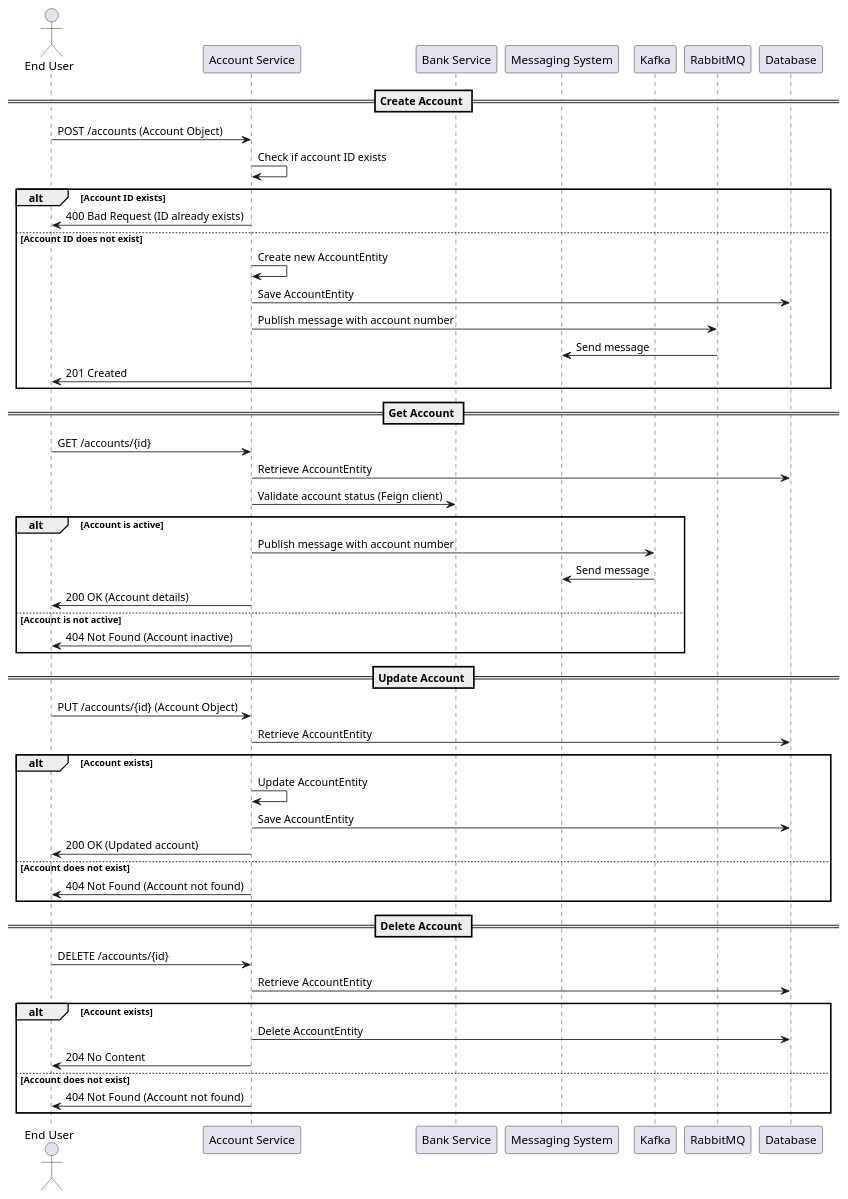
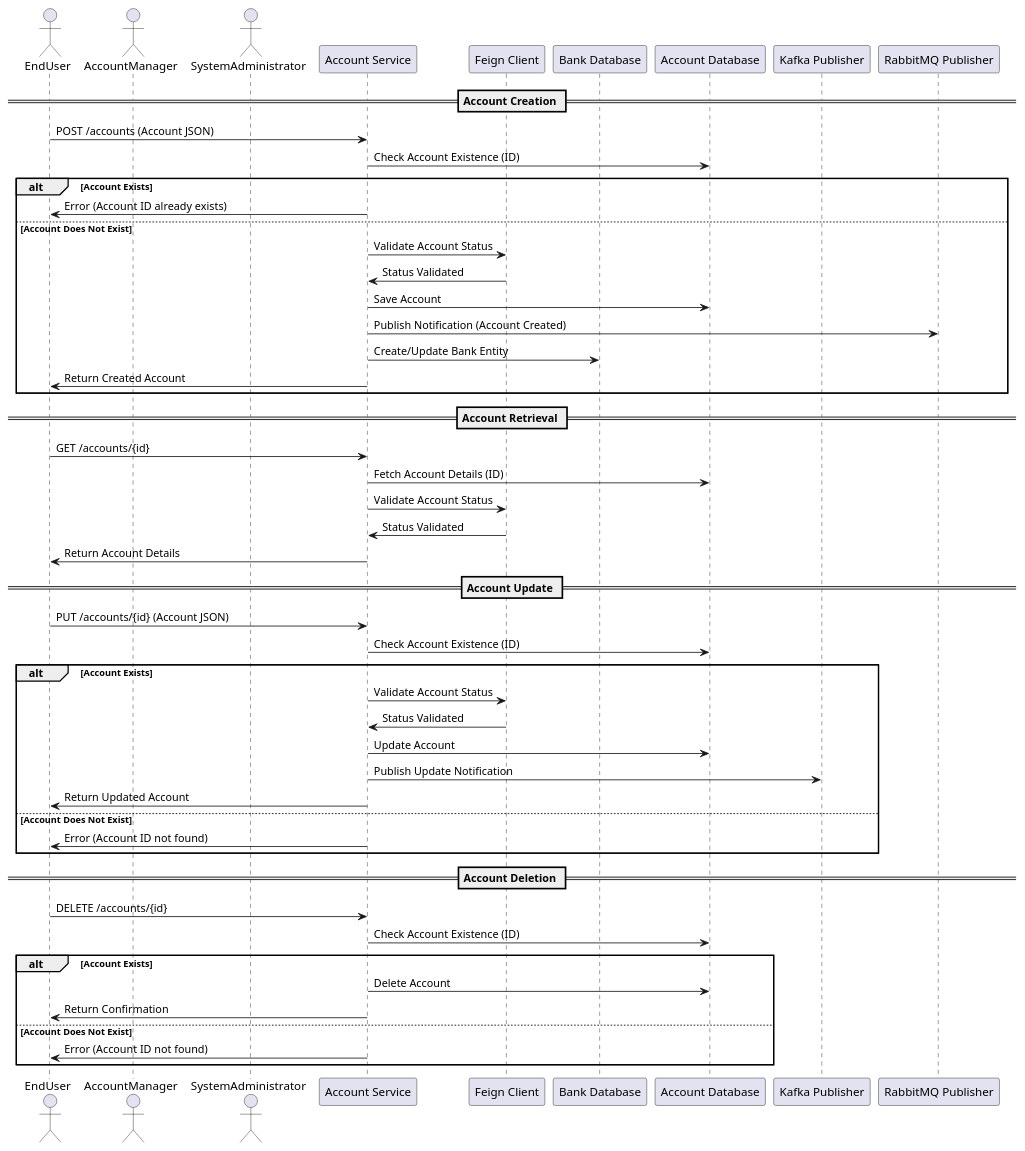
Before and after one commit to Bhaskar-Pavan/AccountService: the diagram in design_document/AccountService.md, drawn with PlantUML. The commit also changed other lines of this file, not shown here.

````diff
--- a/design_document/AccountService.md
+++ b/design_document/AccountService.md
@@ -37,57 +37,58 @@
 ```plantuml
 @startuml
-actor "End User" as User
+actor EndUser as User
+actor AccountManager as Manager
+actor SystemAdministrator as Admin
 participant "Account Service" as AccountService
-participant "Bank Service" as BankService
-participant "Messaging System" as MessagingSystem
-participant "Kafka" as Kafka
-participant "RabbitMQ" as RabbitMQ
+participant "Feign Client" as FeignService
+participant "Bank Database" as BankDB
+participant "Account Database" as AccountDB
+participant "Kafka Publisher" as Kafka
+participant "RabbitMQ Publisher" as RabbitMQ
 
-== Create Account ==
-User -> AccountService : POST /accounts (Account Object)
-AccountService -> AccountService : Check if account ID exists
-alt Account ID exists
-    AccountService -> User : 400 Bad Request (ID already exists)
-else Account ID does not exist
-    AccountService -> AccountService : Create new AccountEntity
-    AccountService -> Database : Save AccountEntity
-    AccountService -> RabbitMQ : Publish message with account number
-    RabbitMQ -> MessagingSystem : Send message
-    AccountService -> User : 201 Created
+== Account Creation ==
+User -> AccountService: POST /accounts (Account JSON)
+AccountService -> AccountDB: Check Account Existence (ID)
+alt Account Exists
+    AccountService -> User: Error (Account ID already exists)
+else Account Does Not Exist
+    AccountService -> FeignService: Validate Account Status
+    FeignService -> AccountService: Status Validated
+    AccountService -> AccountDB: Save Account
+    AccountService -> RabbitMQ: Publish Notification (Account Created)
+    AccountService -> BankDB: Create/Update Bank Entity
+    AccountService -> User: Return Created Account
 end
 
-== Get Account ==
-User -> AccountService : GET /accounts/{id}
-AccountService -> Database : Retrieve AccountEntity
-AccountService -> BankService : Validate account status (Feign client)
-alt Account is active
-    AccountService -> Kafka : Publish message with account number
-    Kafka -> MessagingSystem : Send message
-    AccountService -> User : 200 OK (Account details)
-else Account is not active
-    AccountService -> User : 404 Not Found (Account inactive)
+== Account Retrieval ==
+User -> AccountService: GET /accounts/{id}
+AccountService -> AccountDB: Fetch Account Details (ID)
+AccountService -> FeignService: Validate Account Status
+FeignService -> AccountService: Status Validated
+AccountService -> User: Return Account Details
+
+== Account Update ==
+User -> AccountService: PUT /accounts/{id} (Account JSON)
+AccountService -> AccountDB: Check Account Existence (ID)
+alt Account Exists
+    AccountService -> FeignService: Validate Account Status
+    FeignService -> AccountService: Status Validated
+    AccountService -> AccountDB: Update Account
+    AccountService -> Kafka: Publish Update Notification
+    AccountService -> User: Return Updated Account
+else Account Does Not Exist
+    AccountService -> User: Error (Account ID not found)
 end
 
-== Update Account ==
-User -> AccountService : PUT /accounts/{id} (Account Object)
-AccountService -> Database : Retrieve AccountEntity
-alt Account exists
-    AccountService -> AccountService : Update AccountEntity
-    AccountService -> Database : Save AccountEntity
-    AccountService -> User : 200 OK (Updated account)
-else Account does not exist
-    AccountService -> User : 404 Not Found (Account not found)
-end
-
-== Delete Account ==
-User -> AccountService : DELETE /accounts/{id}
-AccountService -> Database : Retrieve AccountEntity
-alt Account exists
-    AccountService -> Database : Delete AccountEntity
-    AccountService -> User : 204 No Content
-else Account does not exist
-    AccountService -> User : 404 Not Found (Account not found)
+== Account Deletion ==
+User -> AccountService: DELETE /accounts/{id}
+AccountService -> AccountDB: Check Account Existence (ID)
+alt Account Exists
+    AccountService -> AccountDB: Delete Account
+    AccountService -> User: Return Confirmation
+else Account Does Not Exist
+    AccountService -> User: Error (Account ID not found)
 end
 
 @enduml
 ```
````
